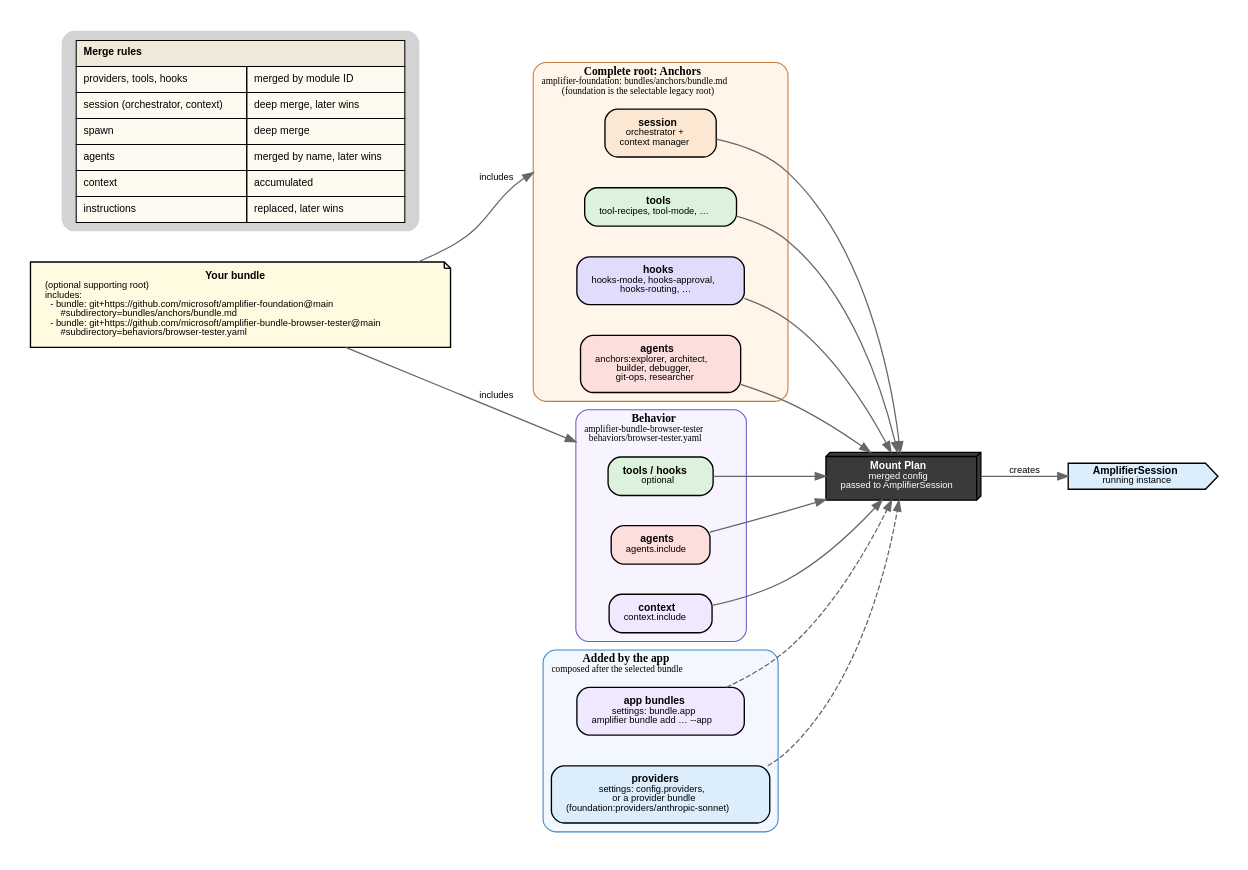
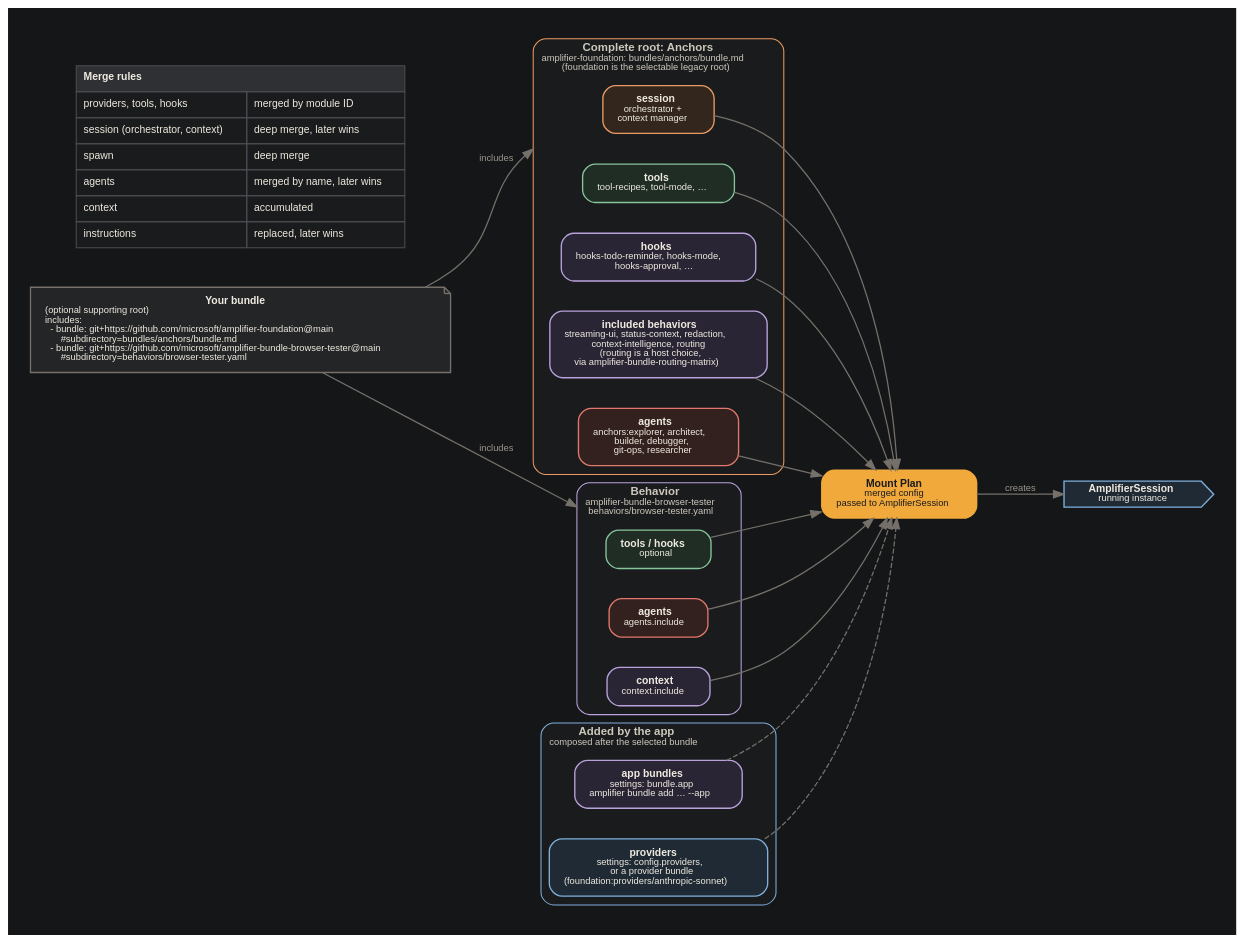
Before and after one commit to michaeljabbour/amplifier-dx: the diagram in assets/diagrams/bundle-composition.dot, drawn with Graphviz. The commit also changed 24 other files, not shown here.

Commit message:
feat(diagrams): restyle diagrams to the site palette and rebuild the external-app diagram

```diff
--- a/assets/diagrams/bundle-composition.dot
+++ b/assets/diagrams/bundle-composition.dot
@@ -1,129 +1,137 @@
 /*
  * Amplifier Bundle Composition
  *
  * Source: github.com/microsoft/amplifier-foundation/docs/BUNDLE_GUIDE.md
  *
  * Behavior-first composition: a complete root (Anchors, the recommended base
  * for a new host; "foundation" remains a selectable legacy root) plus a
  * behavior, with app bundles and settings providers composed afterwards.
  */
 digraph BundleComposition {
     rankdir=LR;
-    bgcolor="white";
+    bgcolor="#151618";
+    fontname="Helvetica";
+    fontcolor="#cdc8bc";
     pad=0.3;
     nodesep=0.4;
     ranksep=0.6;
     compound=true;
 
     node [
         shape=box,
+        fontcolor="#efeadf",
+        color="#4a4d51",
+        fillcolor="#232527",
         style="filled,rounded",
         fontname="Helvetica",
         fontsize=10,
         margin="0.2,0.12",
         penwidth=1.3
     ];
 
     edge [
         fontname="Helvetica",
+        fontcolor="#9b968b",
         fontsize=9,
-        color="#666666",
+        color="#75716a",
         penwidth=1.2
     ];
 
     // === BASE ROOT (Anchors) ===
     subgraph cluster_base {
         label=<<B>Complete root: Anchors</B><BR/><FONT POINT-SIZE="9">amplifier-foundation: bundles/anchors/bundle.md<BR/>(foundation is the selectable legacy root)</FONT>>;
         labeljust=l;
         fontsize=11;
-        color="#c87a3a";
+        color="#ea9a62";
         style="rounded,filled";
-        fillcolor="#fff5e8";
+        fillcolor="#1a1b1d";
 
-        base_orch [label=<<B>session</B><BR/><FONT POINT-SIZE="9">orchestrator +<BR/>context manager</FONT>>, fillcolor="#fce8d2"];
-        base_tool [label=<<B>tools</B><BR/><FONT POINT-SIZE="9">tool-recipes, tool-mode, &#8230;</FONT>>, fillcolor="#dcf2dc"];
-        base_hook [label=<<B>hooks</B><BR/><FONT POINT-SIZE="9">hooks-mode, hooks-approval,<BR/>hooks-routing, &#8230;</FONT>>, fillcolor="#e2dcfc"];
-        base_agents [label=<<B>agents</B><BR/><FONT POINT-SIZE="9">anchors:explorer, architect,<BR/>builder, debugger,<BR/>git-ops, researcher</FONT>>, fillcolor="#fcdedc"];
+        base_orch [label=<<B>session</B><BR/><FONT POINT-SIZE="9">orchestrator +<BR/>context manager</FONT>>, fillcolor="#33271d", color="#ea9a62"];
+        base_tool [label=<<B>tools</B><BR/><FONT POINT-SIZE="9">tool-recipes, tool-mode, &#8230;</FONT>>, fillcolor="#1f2d25", color="#86c49a"];
+        base_hook [label=<<B>hooks</B><BR/><FONT POINT-SIZE="9">hooks-todo-reminder, hooks-mode,<BR/>hooks-approval, &#8230;</FONT>>, fillcolor="#2a2535", color="#b9a2dc"];
+        base_inc [label=<<B>included behaviors</B><BR/><FONT POINT-SIZE="9">streaming-ui, status-context, redaction,<BR/>context-intelligence, routing<BR/>(routing is a host choice,<BR/>via amplifier-bundle-routing-matrix)</FONT>>, fillcolor="#2a2535", color="#b9a2dc"];
+        base_agents [label=<<B>agents</B><BR/><FONT POINT-SIZE="9">anchors:explorer, architect,<BR/>builder, debugger,<BR/>git-ops, researcher</FONT>>, fillcolor="#33211f", color="#e2776b"];
     }
 
     // === BEHAVIOR ===
     subgraph cluster_behavior {
         label=<<B>Behavior</B><BR/><FONT POINT-SIZE="9">amplifier-bundle-browser-tester<BR/>behaviors/browser-tester.yaml</FONT>>;
         labeljust=l;
         fontsize=11;
-        color="#7059c8";
+        color="#b9a2dc";
         style="rounded,filled";
-        fillcolor="#f7f3ff";
+        fillcolor="#1a1b1d";
 
-        beh_tool [label=<<B>tools / hooks</B><BR/><FONT POINT-SIZE="9">optional</FONT>>, fillcolor="#dcf2dc"];
-        beh_agent [label=<<B>agents</B><BR/><FONT POINT-SIZE="9">agents.include</FONT>>, fillcolor="#fcdedc"];
-        beh_ctx  [label=<<B>context</B><BR/><FONT POINT-SIZE="9">context.include</FONT>>, fillcolor="#f0e8ff"];
+        beh_tool [label=<<B>tools / hooks</B><BR/><FONT POINT-SIZE="9">optional</FONT>>, fillcolor="#1f2d25", color="#86c49a"];
+        beh_agent [label=<<B>agents</B><BR/><FONT POINT-SIZE="9">agents.include</FONT>>, fillcolor="#33211f", color="#e2776b"];
+        beh_ctx  [label=<<B>context</B><BR/><FONT POINT-SIZE="9">context.include</FONT>>, fillcolor="#2a2535", color="#b9a2dc"];
     }
 
     // === COMPOSED BY THE APP, AFTER THE SELECTED BUNDLE ===
     subgraph cluster_app {
         label=<<B>Added by the app</B><BR/><FONT POINT-SIZE="9">composed after the selected bundle</FONT>>;
         labeljust=l;
         fontsize=11;
-        color="#3a86c8";
+        color="#7fb0dd";
         style="rounded,filled";
-        fillcolor="#f2f8fe";
+        fillcolor="#1a1b1d";
 
-        app_beh  [label=<<B>app bundles</B><BR/><FONT POINT-SIZE="9">settings: bundle.app<BR/>amplifier bundle add &#8230; --app</FONT>>, fillcolor="#f0e8ff"];
-        app_prov [label=<<B>providers</B><BR/><FONT POINT-SIZE="9">settings: config.providers,<BR/>or a provider bundle<BR/>(foundation:providers/anthropic-sonnet)</FONT>>, fillcolor="#dceefc"];
+        app_beh  [label=<<B>app bundles</B><BR/><FONT POINT-SIZE="9">settings: bundle.app<BR/>amplifier bundle add &#8230; --app</FONT>>, fillcolor="#2a2535", color="#b9a2dc"];
+        app_prov [label=<<B>providers</B><BR/><FONT POINT-SIZE="9">settings: config.providers,<BR/>or a provider bundle<BR/>(foundation:providers/anthropic-sonnet)</FONT>>, fillcolor="#1f2a35", color="#7fb0dd"];
     }
 
     // === MOUNT PLAN ===
     plan [
         label=<<B>Mount Plan</B><BR/><FONT POINT-SIZE="9">merged config<BR/>passed to AmplifierSession</FONT>>,
-        fillcolor="#3a3a3a",
-        fontcolor="white",
-        shape=box3d,
+        fillcolor="#f2a93b", color="#f2a93b",
+        fontcolor="#1a1b1d",
         width=2.0
     ];
 
     // === SESSION ===
     session [
         label=<<B>AmplifierSession</B><BR/><FONT POINT-SIZE="9">running instance</FONT>>,
-        fillcolor="#dceefc",
+        fillcolor="#1f2a35", color="#7fb0dd",
         shape=cds,
         width=2.0
     ];
 
     // === ROOT BUNDLE ===
     root [
         label=<<B>Your bundle</B><BR/><FONT POINT-SIZE="9">(optional supporting root)<BR ALIGN="LEFT"/>includes:<BR ALIGN="LEFT"/>&nbsp;&nbsp;- bundle: git+https://github.com/microsoft/amplifier-foundation@main<BR ALIGN="LEFT"/>&nbsp;&nbsp;&nbsp;&nbsp;&nbsp;&nbsp;#subdirectory=bundles/anchors/bundle.md<BR ALIGN="LEFT"/>&nbsp;&nbsp;- bundle: git+https://github.com/microsoft/amplifier-bundle-browser-tester@main<BR ALIGN="LEFT"/>&nbsp;&nbsp;&nbsp;&nbsp;&nbsp;&nbsp;#subdirectory=behaviors/browser-tester.yaml<BR ALIGN="LEFT"/></FONT>>,
-        fillcolor="#fffae0",
+        fillcolor="#232527", color="#75716a",
         shape=note
     ];
 
     // === EDGES ===
     root -> base_orch [lhead=cluster_base, label=" includes "];
     root -> beh_tool  [lhead=cluster_behavior, label=" includes "];
 
     base_orch -> plan;
     base_tool -> plan;
     base_hook -> plan;
     base_agents -> plan;
+    base_inc -> plan;
     beh_tool -> plan;
     beh_agent -> plan;
     beh_ctx -> plan;
     app_beh -> plan [style=dashed];
     app_prov -> plan [style=dashed];
 
     plan -> session [label=" creates "];
 
     // === MERGE RULES NOTE ===
     rules [
         shape=plaintext,
-        label=<<TABLE BORDER="0" CELLBORDER="1" CELLSPACING="0" CELLPADDING="6" BGCOLOR="#fffaf0">
-            <TR><TD COLSPAN="2" BGCOLOR="#f0e8d8" ALIGN="LEFT"><B>Merge rules</B></TD></TR>
+        style="",
+        label=<<TABLE BORDER="0" CELLBORDER="1" CELLSPACING="0" CELLPADDING="6" BGCOLOR="#1a1b1d" COLOR="#4a4d51">
+            <TR><TD COLSPAN="2" BGCOLOR="#2e3033" ALIGN="LEFT"><B>Merge rules</B></TD></TR>
             <TR><TD ALIGN="LEFT">providers, tools, hooks</TD><TD ALIGN="LEFT">merged by module ID</TD></TR>
             <TR><TD ALIGN="LEFT">session (orchestrator, context)</TD><TD ALIGN="LEFT">deep merge, later wins</TD></TR>
             <TR><TD ALIGN="LEFT">spawn</TD><TD ALIGN="LEFT">deep merge</TD></TR>
             <TR><TD ALIGN="LEFT">agents</TD><TD ALIGN="LEFT">merged by name, later wins</TD></TR>
             <TR><TD ALIGN="LEFT">context</TD><TD ALIGN="LEFT">accumulated</TD></TR>
             <TR><TD ALIGN="LEFT">instructions</TD><TD ALIGN="LEFT">replaced, later wins</TD></TR>
         </TABLE>>
     ];
 }
```
